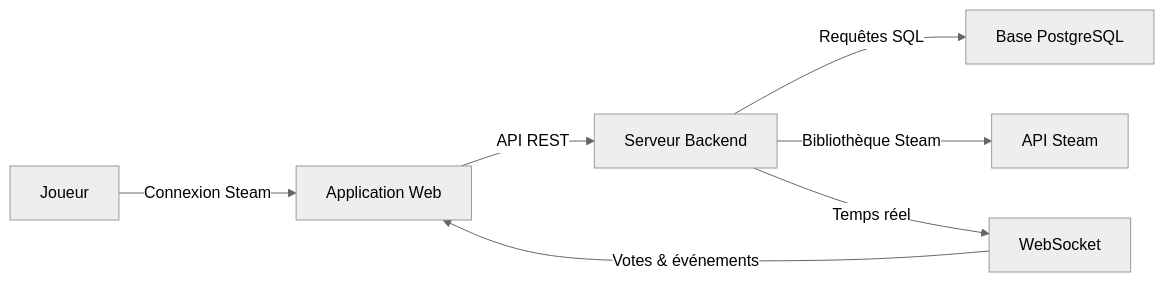
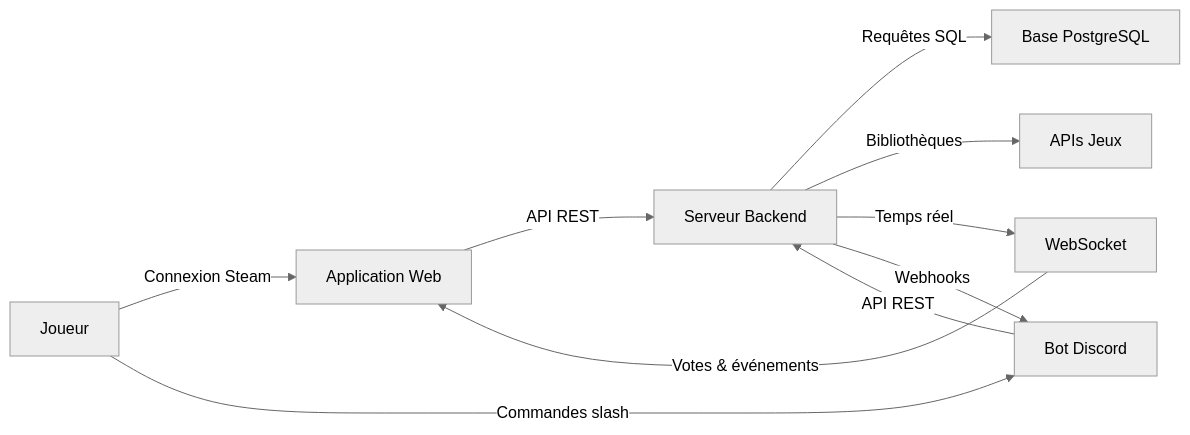
One commit to Wifsimster/wawptn changed the first of 3 diagrams in README.md. Above: the diagram before and after it, drawn with Mermaid (neutral theme). The commit also changed other lines of this file and 5 other files, not shown here.

First line of the commit message:
docs: update documentation for Discord bot and multi-platform support

````diff
--- a/README.md
+++ b/README.md
@@ -42,9 +48,12 @@
 ```mermaid
 graph LR
     A[Joueur] -->|Connexion Steam| B[Application Web]
-    B -->|API REST| C[Serveur Backend]
-    C -->|Requêtes SQL| D[Base PostgreSQL]
-    C -->|Bibliothèque Steam| E[API Steam]
-    C -->|Temps réel| F[WebSocket]
-    F -->|Votes & événements| B
+    A -->|Commandes slash| C[Bot Discord]
+    B -->|API REST| D[Serveur Backend]
+    C -->|API REST| D
+    D -->|Requêtes SQL| E[Base PostgreSQL]
+    D -->|Bibliothèques| F[APIs Jeux]
+    D -->|Temps réel| G[WebSocket]
+    D -->|Webhooks| C
+    G -->|Votes & événements| B
 ```
````
